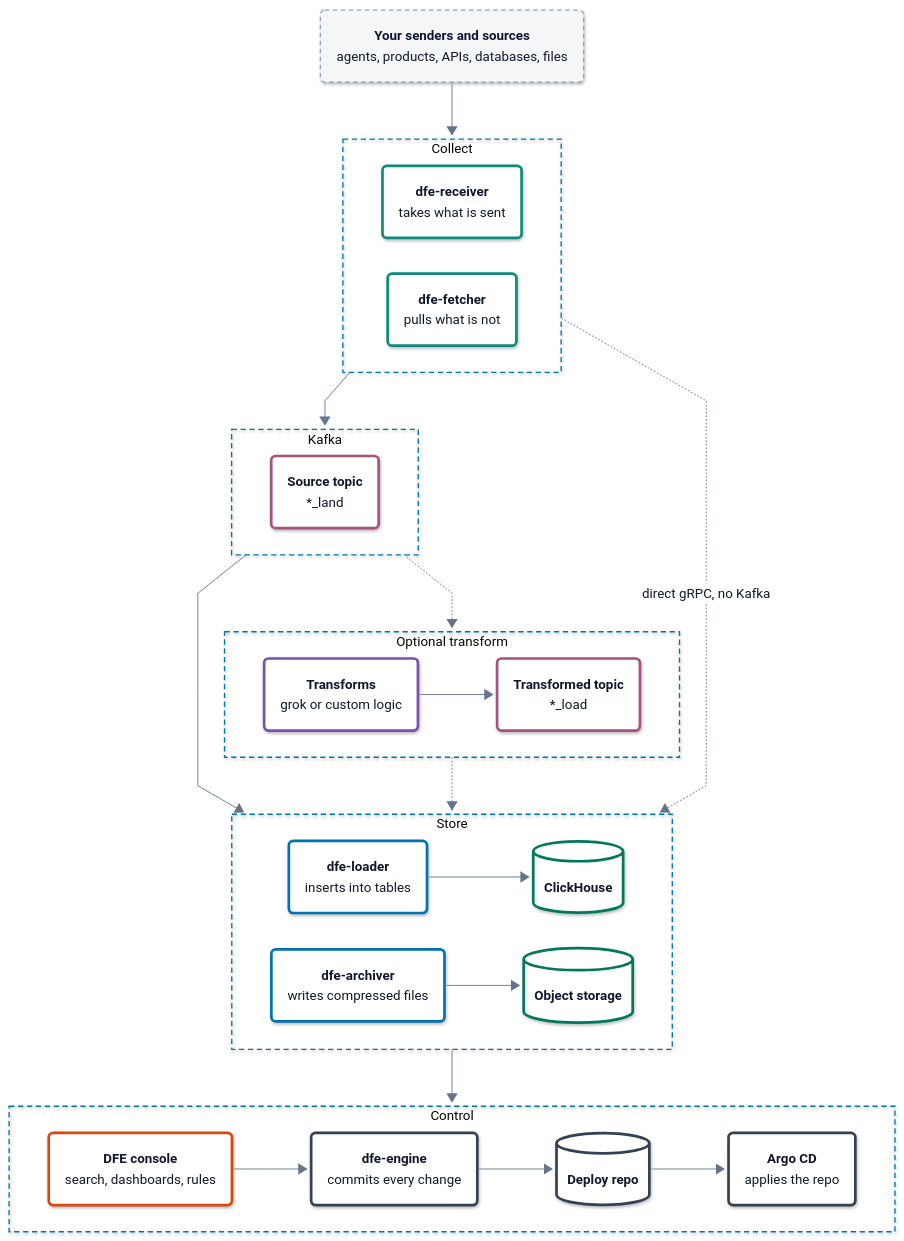
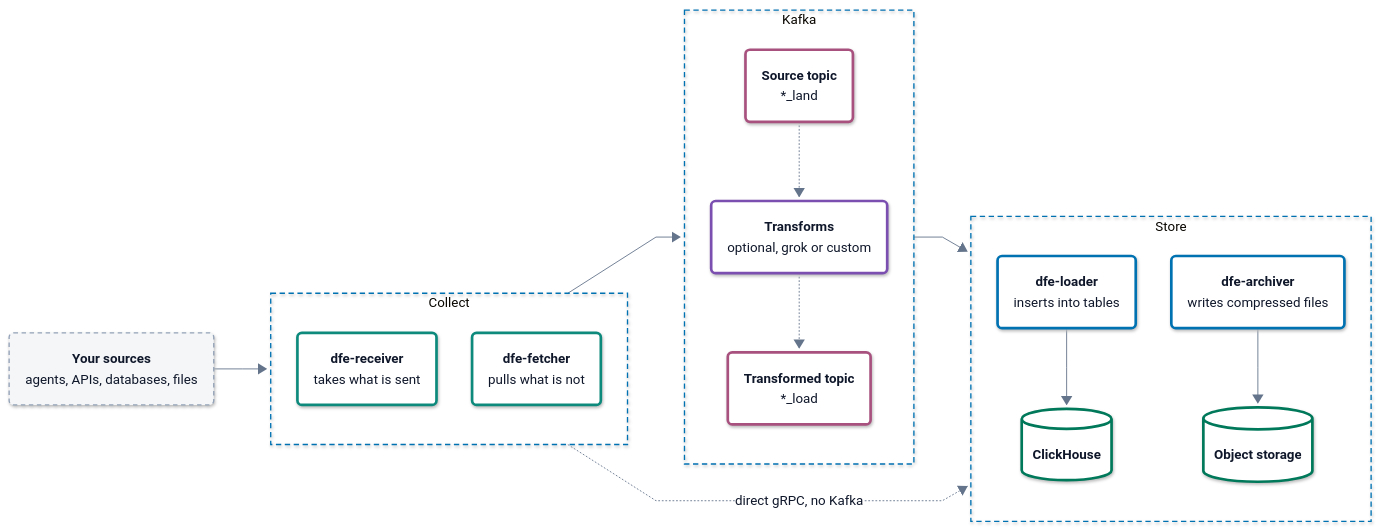
One commit to hyperi-io/dfe-infra changed the first of 2 diagrams in docs/architecture.md. Above: the diagram before and after it, drawn with Mermaid. The commit also changed other lines of this file, not shown here.

First line of the commit message:
docs(architecture): split the suite diagram into data and control paths

````diff
--- a/docs/architecture.md
+++ b/docs/architecture.md
@@ -48,26 +48,25 @@
     .ui .label-icon{color:#D9480F}
     .ext .label-icon{color:#64748B}
 ---
-flowchart TB
+flowchart LR
   accTitle: L2 Services -- DFE suite
-  accDescr: Your senders and sources feed dfe-receiver and dfe-fetcher, which write a source topic on Kafka. dfe-loader inserts into ClickHouse and dfe-archiver writes files to object storage. An optional transform turns the source topic into a transformed one, and direct gRPC skips Kafka. The DFE console queries ClickHouse and sends every change through dfe-engine, which commits it to the deploy repo that Argo CD applies.
-  S("<b>Your senders and sources</b><br/><span>agents, products, APIs, databases, files</span>")
+  accDescr: Your sources feed dfe-receiver and dfe-fetcher, which write a source topic on Kafka. dfe-loader inserts into ClickHouse and dfe-archiver writes files to object storage. An optional transform turns the source topic into a transformed one, and direct gRPC skips Kafka.
+  S("<b>Your sources</b><br/><span>agents, APIs, databases, files</span>")
   subgraph IN["Collect"]
-    direction LR
+    direction TB
     R("<b>dfe-receiver</b><br/><span>takes what is sent</span>")
     F("<b>dfe-fetcher</b><br/><span>pulls what is not</span>")
   end
   subgraph BUS["Kafka"]
+    direction TB
     K1("<b>Source topic</b><br/><span>*_land</span>")
-  end
-  subgraph XF["Optional transform"]
-    direction LR
-    T("<b>Transforms</b><br/><span>grok or custom logic</span>")
+    T("<b>Transforms</b><br/><span>optional, grok or custom</span>")
     K2("<b>Transformed topic</b><br/><span>*_load</span>")
-    T --> K2
+    K1 -.-> T
+    T -.-> K2
   end
   subgraph OUT["Store"]
-    direction LR
+    direction TB
     L("<b>dfe-loader</b><br/><span>inserts into tables</span>")
     C[("<b>ClickHouse</b>")]
     A("<b>dfe-archiver</b><br/><span>writes compressed files</span>")
@@ -75,31 +74,16 @@
     L --> C
     A --> O
   end
-  subgraph CTL["Control"]
-    direction LR
-    H("<b>DFE console</b><br/><span>search, dashboards, rules</span>")
-    E("<b>dfe-engine</b><br/><span>commits every change</span>")
-    D[("<b>Deploy repo</b>")]
-    G("<b>Argo CD</b><br/><span>applies the repo</span>")
-    H --> E
-    E --> D
-    D --> G
-  end
   S --> IN
   IN --> BUS
   BUS --> OUT
-  BUS -.-> XF
-  XF -.-> OUT
   IN -.->|direct gRPC, no Kafka| OUT
-  OUT --> CTL
   class S ext
   class R,F ingest
   class K1,K2 bus
   class T xform
   class L,A load
   class C,O store
-  class H ui
-  class E,D,G control
   classDef ext fill:#F4F6F8,stroke:#94A3B8,stroke-width:1.5px,stroke-dasharray:5 4,color:#0F172A
   classDef ingest fill:#FFFFFF,stroke:#0E8A7D,stroke-width:3px,color:#0F172A
   classDef xform fill:#FFFFFF,stroke:#7B4FB0,stroke-width:3px,color:#0F172A
@@ -113,7 +97,5 @@
   classDef part fill:#FFFFFF,stroke:#94A3B8,stroke-width:1.5px,color:#0F172A
   style IN fill:none,stroke:#0072B2,stroke-width:1.5px,stroke-dasharray:6 4
   style BUS fill:none,stroke:#0072B2,stroke-width:1.5px,stroke-dasharray:6 4
-  style XF fill:none,stroke:#0072B2,stroke-width:1.5px,stroke-dasharray:6 4
   style OUT fill:none,stroke:#0072B2,stroke-width:1.5px,stroke-dasharray:6 4
-  style CTL fill:none,stroke:#0072B2,stroke-width:1.5px,stroke-dasharray:6 4
 ```
````
